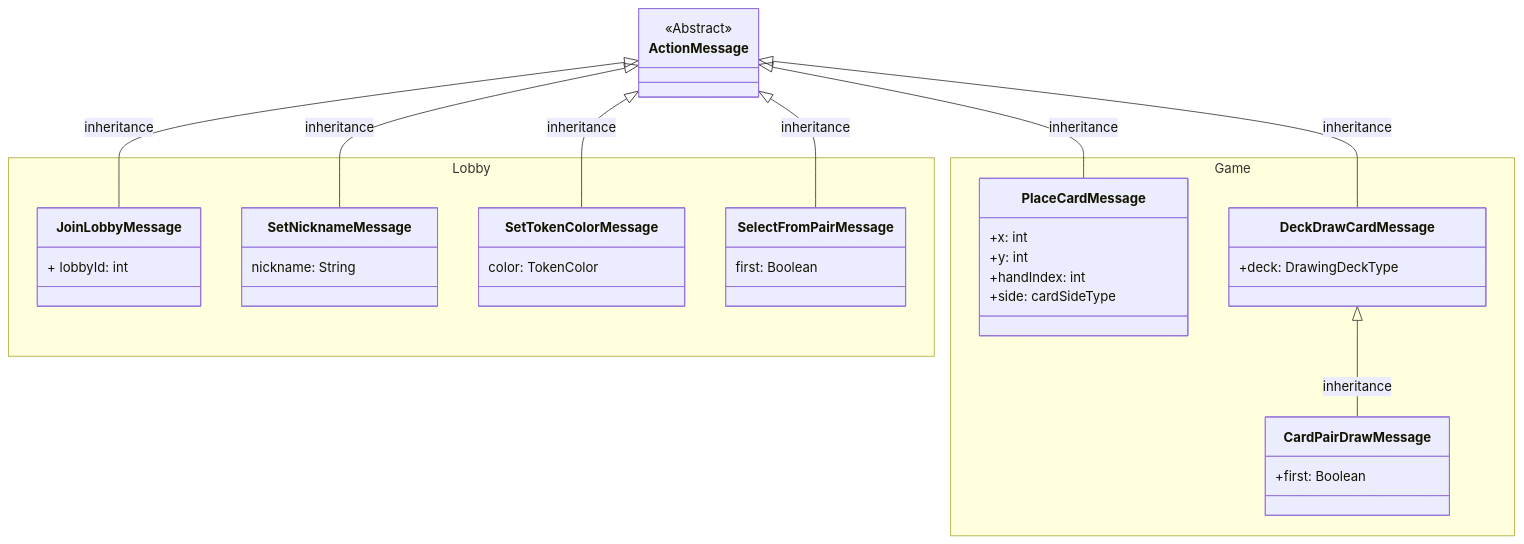
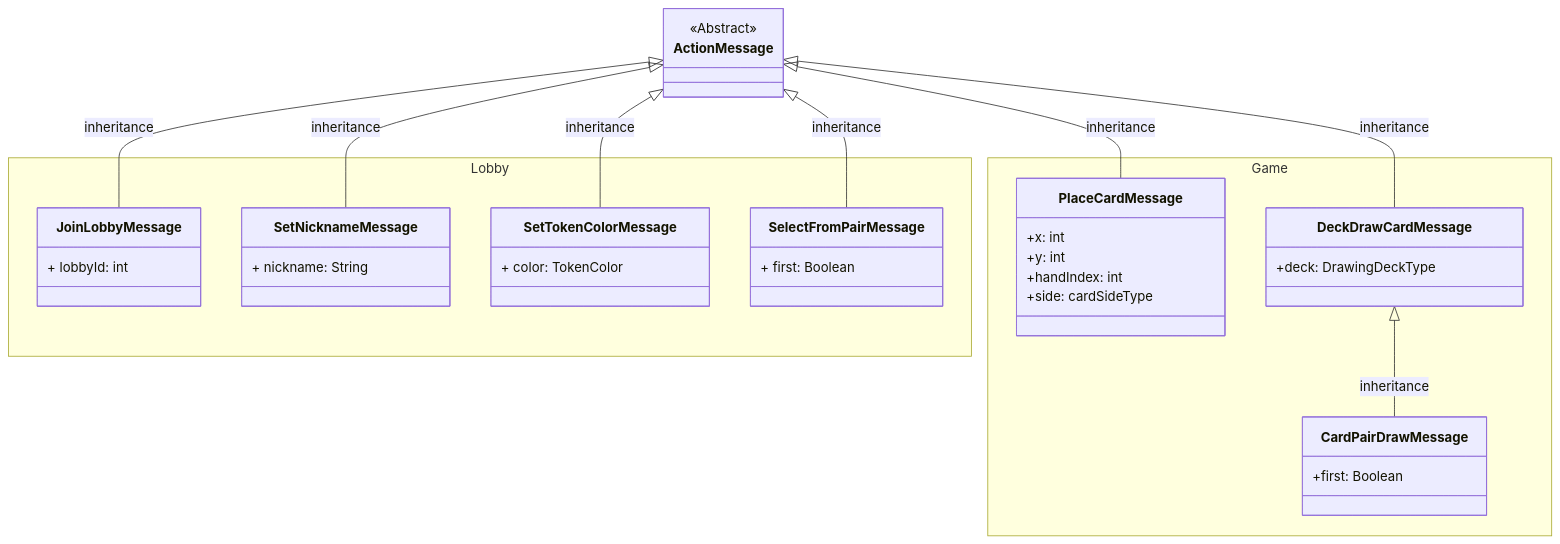
The fourth of 6 diagrams in documentation_wip/messages.md (frephs/IS24-AM21), drawn with Mermaid before and after one commit. The commit also changed other lines of this file, not shown here.

````diff
--- a/documentation_wip/messages.md
+++ b/documentation_wip/messages.md
@@ -163,56 +163,56 @@
 ```mermaid
 classDiagram
     class ActionMessage {
         <<Abstract>> 
     }
 
     namespace Lobby{
         class JoinLobbyMessage {
-        + lobbyId: int
+            + lobbyId: int
         }
 
         class SetNicknameMessage{
-            nickname: String
+            + nickname: String
         }
 
         class SetTokenColorMessage {
-            color: TokenColor
+            + color: TokenColor
         }
 
         
         class SelectFromPairMessage {
-            first: Boolean
+            + first: Boolean
         }
     
     }
 
     ActionMessage <|-- JoinLobbyMessage : inheritance
     ActionMessage <|-- SetNicknameMessage : inheritance
     ActionMessage <|-- SetTokenColorMessage : inheritance
     ActionMessage <|-- SelectFromPairMessage: inheritance
 
     namespace Game{
     
     class PlaceCardMessage{
         +x: int
         +y: int
         +handIndex: int 
         +side: cardSideType 
     }
 
     class DeckDrawCardMessage{
         +deck: DrawingDeckType
     }
 
     class CardPairDrawMessage {
         +first: Boolean
 
     }
     }
     
     ActionMessage <|-- PlaceCardMessage: inheritance
     ActionMessage <|-- DeckDrawCardMessage: inheritance
 
     DeckDrawCardMessage <|-- CardPairDrawMessage  : inheritance
 
 ```
````
